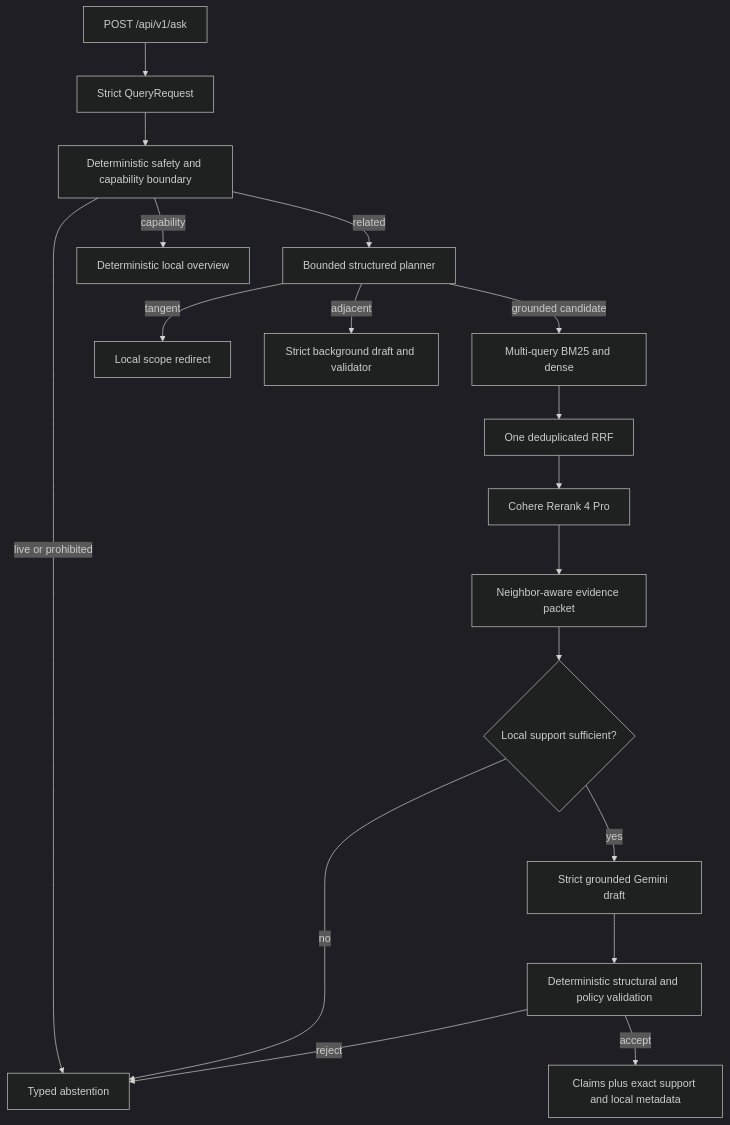
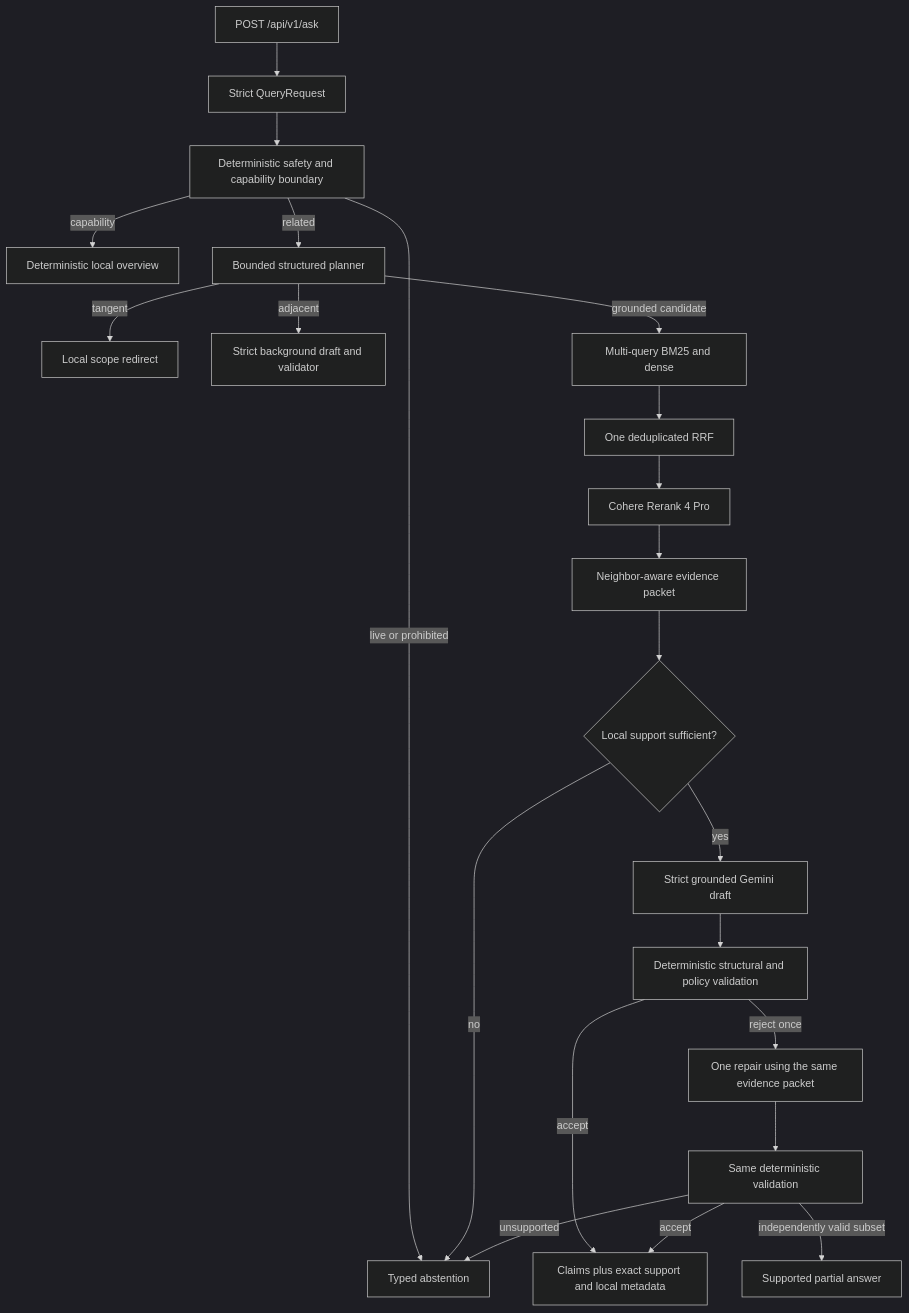
Before and after one commit to yusenrong46-afk/firelens-bc: the diagram in docs/TECHNICAL_HANDBOOK.md, drawn with Mermaid (dark theme). The commit also changed other lines of this file and 5 other files, not shown here.

````diff
--- a/docs/TECHNICAL_HANDBOOK.md
+++ b/docs/TECHNICAL_HANDBOOK.md
@@ -49,20 +55,24 @@
 ```mermaid
 flowchart TD
     HTTP["POST /api/v1/ask"] --> CONTRACT["Strict QueryRequest"]
     CONTRACT --> BOUNDARY["Deterministic safety and capability boundary"]
     BOUNDARY -->|"live or prohibited"| ABSTAIN["Typed abstention"]
     BOUNDARY -->|"capability"| LOCAL["Deterministic local overview"]
     BOUNDARY -->|"related"| PLAN["Bounded structured planner"]
     PLAN -->|"tangent"| REDIRECT["Local scope redirect"]
     PLAN -->|"adjacent"| BG["Strict background draft and validator"]
     PLAN -->|"grounded candidate"| RETRIEVE["Multi-query BM25 and dense"]
     RETRIEVE --> RRF["One deduplicated RRF"]
     RRF --> RERANK["Cohere Rerank 4 Pro"]
     RERANK --> PACKET["Neighbor-aware evidence packet"]
     PACKET --> SUPPORT{"Local support sufficient?"}
     SUPPORT -->|"no"| ABSTAIN
     SUPPORT -->|"yes"| DRAFT["Strict grounded Gemini draft"]
     DRAFT --> VALIDATE["Deterministic structural and policy validation"]
-    VALIDATE -->|"reject"| ABSTAIN
     VALIDATE -->|"accept"| RESPONSE["Claims plus exact support and local metadata"]
+    VALIDATE -->|"reject once"| REPAIR["One repair using the same evidence packet"]
+    REPAIR --> REVALIDATE["Same deterministic validation"]
+    REVALIDATE -->|"accept"| RESPONSE
+    REVALIDATE -->|"independently valid subset"| PARTIAL["Supported partial answer"]
+    REVALIDATE -->|"unsupported"| ABSTAIN
 ```
````
